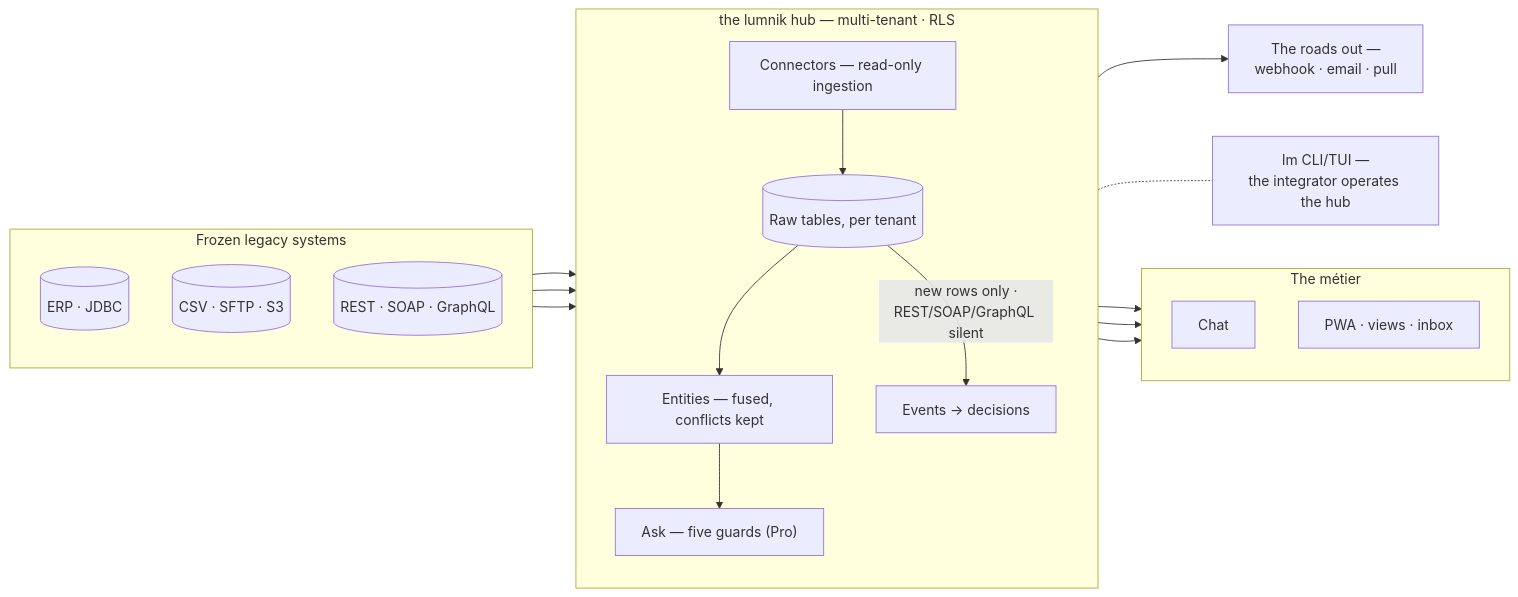
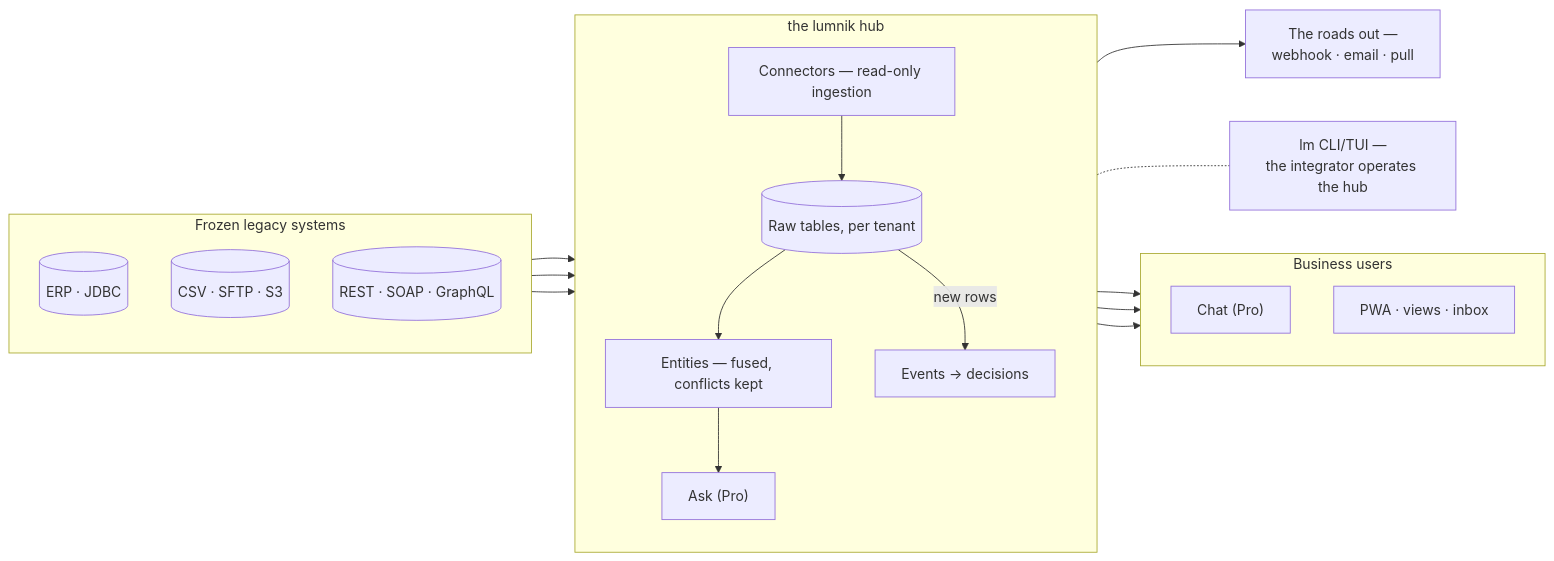
The diagram in docs/index.md (icreated/lumnik-open), drawn with Mermaid before and after one commit. The commit also changed other lines of this file and 634 other files, not shown here.

````diff
--- a/docs/index.md
+++ b/docs/index.md
@@ -74,34 +78,34 @@
 ```mermaid
 flowchart LR
   subgraph frozen["Frozen legacy systems"]
     direction TB
     erp[("ERP · JDBC")]
     files[("CSV · SFTP · S3")]
     apis[("REST · SOAP · GraphQL")]
   end
-  subgraph hub["the lumnik hub — multi-tenant · RLS"]
+  subgraph hub["the lumnik hub"]
     direction TB
     conn["Connectors — read-only ingestion"]
     tables[("Raw tables, per tenant")]
     ent["Entities — fused, conflicts kept"]
-    ask["Ask — five guards (Pro)"]
+    ask["Ask (Pro)"]
     ev["Events → decisions"]
     conn --> tables --> ent --> ask
-    tables -->|"new rows only ·<br/>REST/SOAP/GraphQL silent"| ev
+    tables -->|"new rows"| ev
   end
-  subgraph metier["The métier"]
+  subgraph metier["Business users"]
     direction TB
-    chat["Chat"]
+    chat["Chat (Pro)"]
     pwa["PWA · views · inbox"]
   end
   out["The roads out —<br/>webhook · email · pull"]
   lm["lm CLI/TUI —<br/>the integrator operates the hub"]
   erp --> conn
   files --> conn
   apis --> conn
   ask --> chat
   ent --> pwa
   ev --> pwa
   ev --> out
   hub -.- lm
 ```
````
